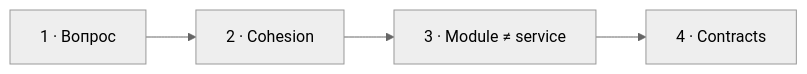
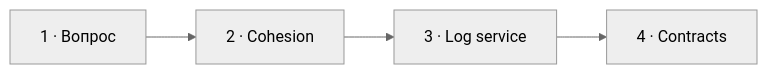
Before and after one commit to savinmikhail/php-backend-interview-video: the diagram in episodes/841862-1payment/visual-plans/23-module-boundaries.md, drawn with Mermaid (neutral theme). The commit also changed other lines of this file and 1 other file, not shown here.

Commit message:
Clarify logging service example

````diff
--- a/episodes/841862-1payment/visual-plans/23-module-boundaries.md
+++ b/episodes/841862-1payment/visual-plans/23-module-boundaries.md
@@ -41,4 +43,4 @@
 ```mermaid
 flowchart LR
-  Q["1 · Вопрос"] --> B["2 · Cohesion"] --> M["3 · Module ≠ service"] --> C["4 · Contracts"]
+  Q["1 · Вопрос"] --> B["2 · Cohesion"] --> M["3 · Log service"] --> C["4 · Contracts"]
 ```
````
